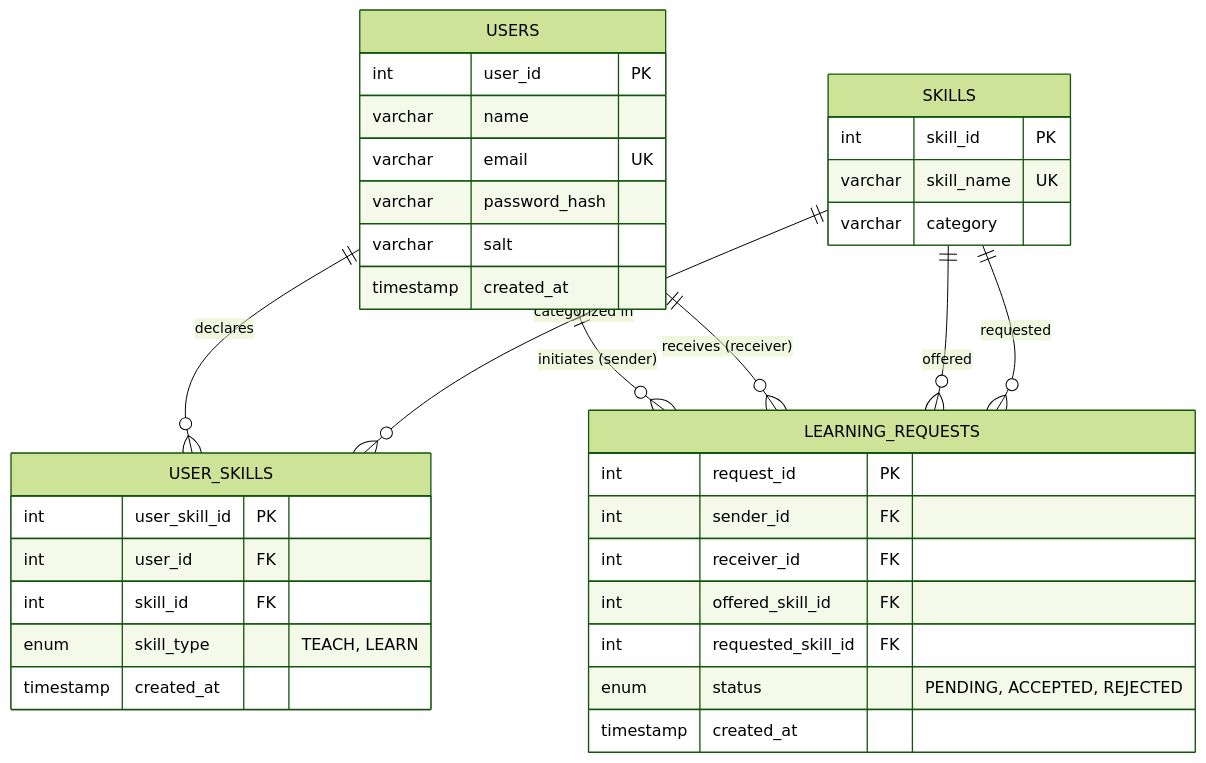
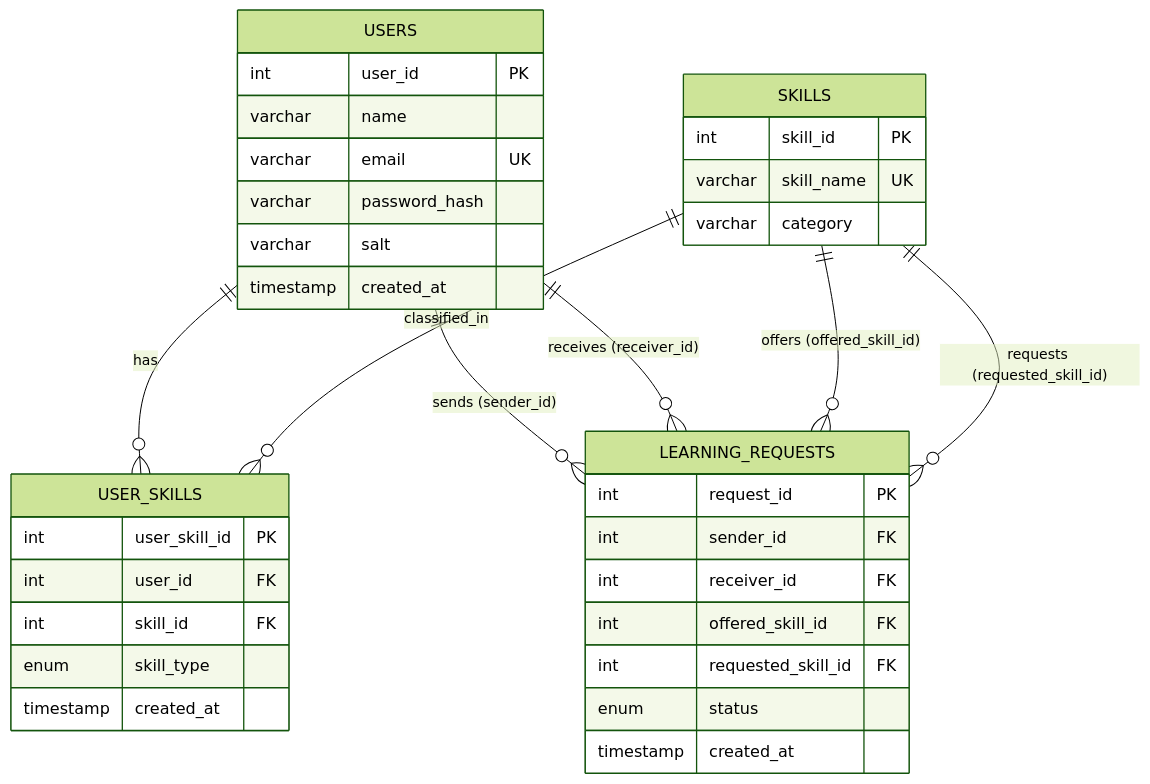
The third of 3 diagrams in PROJECT_REPORT.md (varsha1125/skill_chain), drawn with Mermaid (forest theme) before and after one commit. The commit also changed other lines of this file and 1 other file, not shown here.

````diff
--- a/PROJECT_REPORT.md
+++ b/PROJECT_REPORT.md
@@ -493,42 +210,42 @@
 ```mermaid
 erDiagram
-    USERS ||--o{ USER_SKILLS : "declares"
-    SKILLS ||--o{ USER_SKILLS : "categorized in"
-    USERS ||--o{ LEARNING_REQUESTS : "initiates (sender)"
-    USERS ||--o{ LEARNING_REQUESTS : "receives (receiver)"
-    SKILLS ||--o{ LEARNING_REQUESTS : "offered"
-    SKILLS ||--o{ LEARNING_REQUESTS : "requested"
+    USERS ||--o{ USER_SKILLS : "has"
+    SKILLS ||--o{ USER_SKILLS : "classified_in"
+    USERS ||--o{ LEARNING_REQUESTS : "sends (sender_id)"
+    USERS ||--o{ LEARNING_REQUESTS : "receives (receiver_id)"
+    SKILLS ||--o{ LEARNING_REQUESTS : "offers (offered_skill_id)"
+    SKILLS ||--o{ LEARNING_REQUESTS : "requests (requested_skill_id)"
 
     USERS {
         int user_id PK
         varchar name
         varchar email UK
         varchar password_hash
         varchar salt
         timestamp created_at
     }
 
     SKILLS {
         int skill_id PK
         varchar skill_name UK
         varchar category
     }
 
     USER_SKILLS {
         int user_skill_id PK
         int user_id FK
         int skill_id FK
-        enum skill_type "TEACH, LEARN"
+        enum skill_type
         timestamp created_at
     }
 
     LEARNING_REQUESTS {
         int request_id PK
         int sender_id FK
         int receiver_id FK
         int offered_skill_id FK
         int requested_skill_id FK
-        enum status "PENDING, ACCEPTED, REJECTED"
+        enum status
         timestamp created_at
     }
 ```
````
